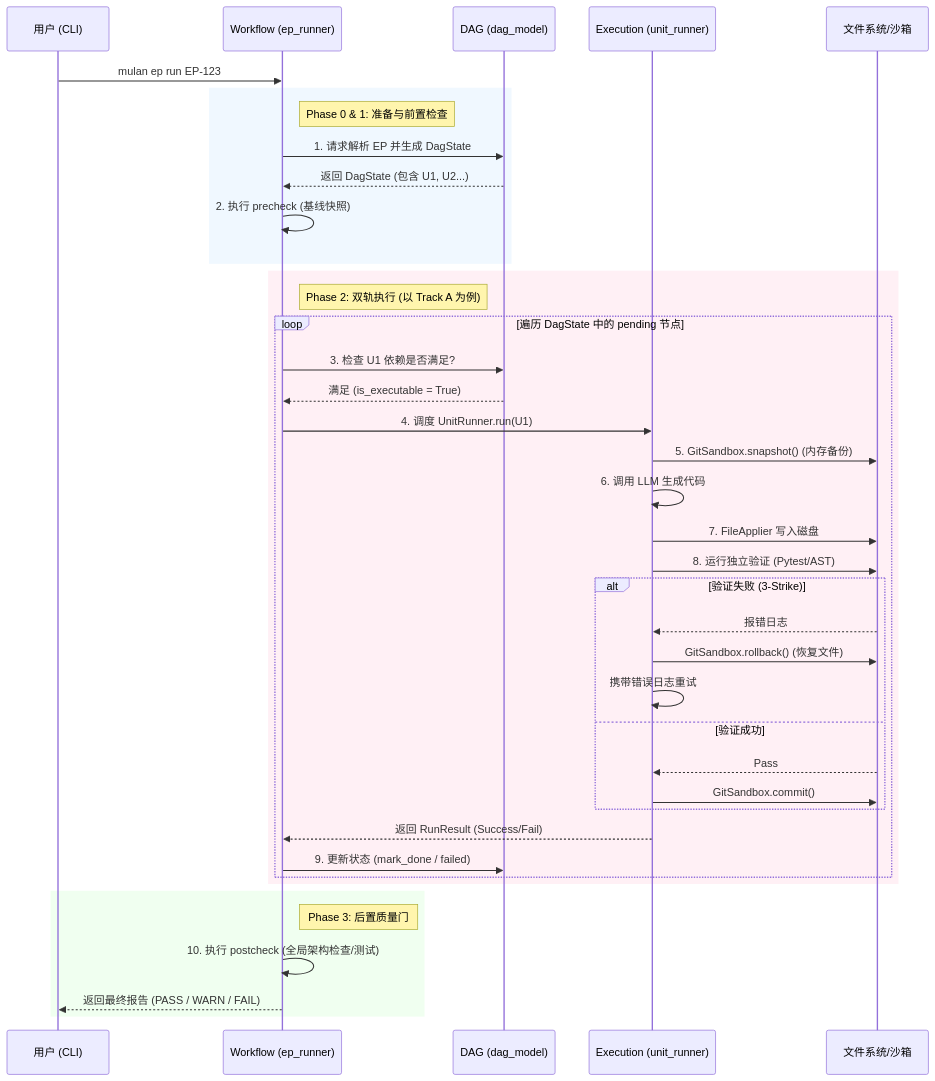
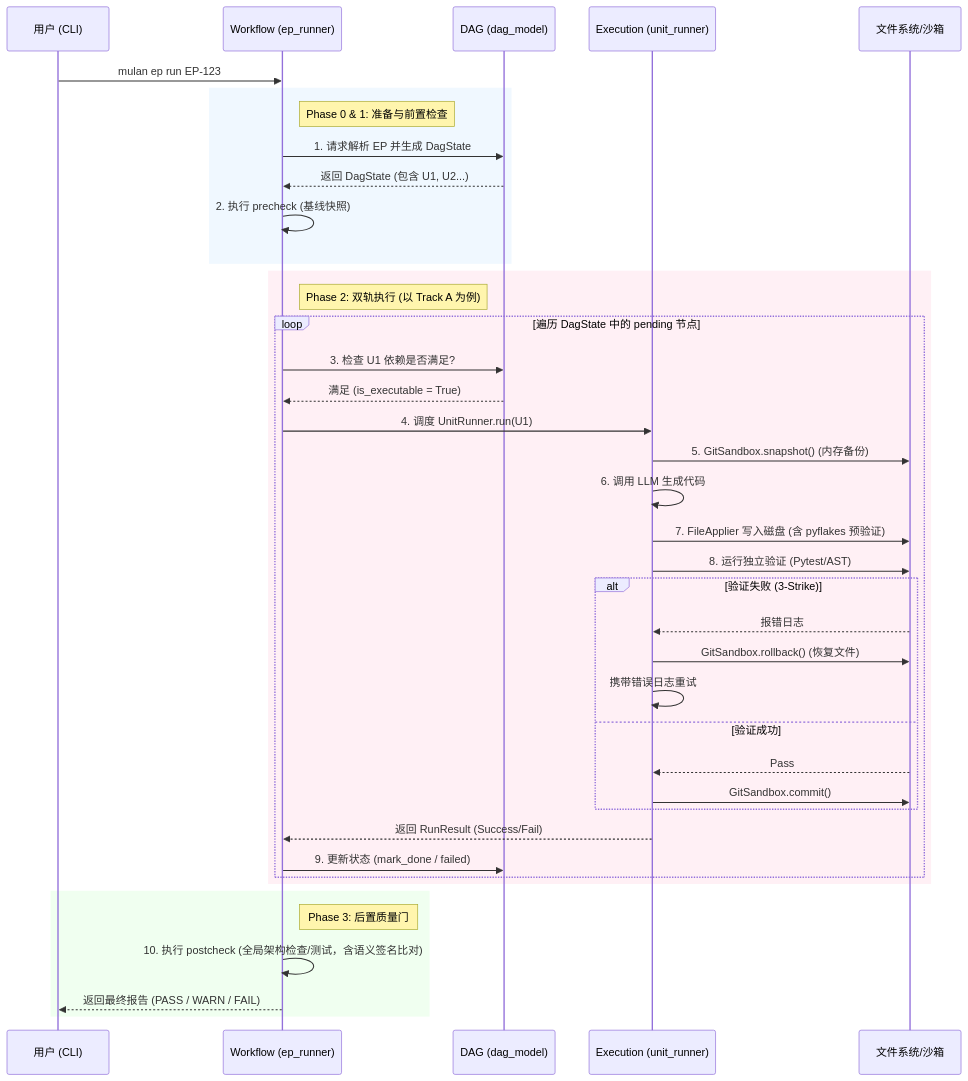
Before and after one commit to allengaoo/mms: the diagram in src/mms/layer1_readme.md, drawn with Mermaid. The commit also changed other lines of this file and 32 other files, not shown here.

````diff
--- a/src/mms/layer1_readme.md
+++ b/src/mms/layer1_readme.md
@@ -57,50 +67,50 @@
 ```mermaid
 sequenceDiagram
     participant User as 用户 (CLI)
     participant WF as Workflow (ep_runner)
     participant DAG as DAG (dag_model)
     participant EXEC as Execution (unit_runner)
     participant FS as 文件系统/沙箱
 
     User->>WF: mulan ep run EP-123
     
     rect rgb(240, 248, 255)
         note right of WF: Phase 0 & 1: 准备与前置检查
         WF->>DAG: 1. 请求解析 EP 并生成 DagState
         DAG-->>WF: 返回 DagState (包含 U1, U2...)
         WF->>WF: 2. 执行 precheck (基线快照)
     end
 
     rect rgb(255, 240, 245)
         note right of WF: Phase 2: 双轨执行 (以 Track A 为例)
         loop 遍历 DagState 中的 pending 节点
             WF->>DAG: 3. 检查 U1 依赖是否满足?
             DAG-->>WF: 满足 (is_executable = True)
             
             WF->>EXEC: 4. 调度 UnitRunner.run(U1)
             
             EXEC->>FS: 5. GitSandbox.snapshot() (内存备份)
             EXEC->>EXEC: 6. 调用 LLM 生成代码
-            EXEC->>FS: 7. FileApplier 写入磁盘
+            EXEC->>FS: 7. FileApplier 写入磁盘 (含 pyflakes 预验证)
             EXEC->>FS: 8. 运行独立验证 (Pytest/AST)
             
             alt 验证失败 (3-Strike)
                 FS-->>EXEC: 报错日志
                 EXEC->>FS: GitSandbox.rollback() (恢复文件)
                 EXEC->>EXEC: 携带错误日志重试
             else 验证成功
                 FS-->>EXEC: Pass
                 EXEC->>FS: GitSandbox.commit()
             end
             
             EXEC-->>WF: 返回 RunResult (Success/Fail)
             WF->>DAG: 9. 更新状态 (mark_done / failed)
         end
     end
 
     rect rgb(240, 255, 240)
         note right of WF: Phase 3: 后置质量门
-        WF->>WF: 10. 执行 postcheck (全局架构检查/测试)
+        WF->>WF: 10. 执行 postcheck (全局架构检查/测试，含语义签名比对)
         WF-->>User: 返回最终报告 (PASS / WARN / FAIL)
     end
 ```
````
